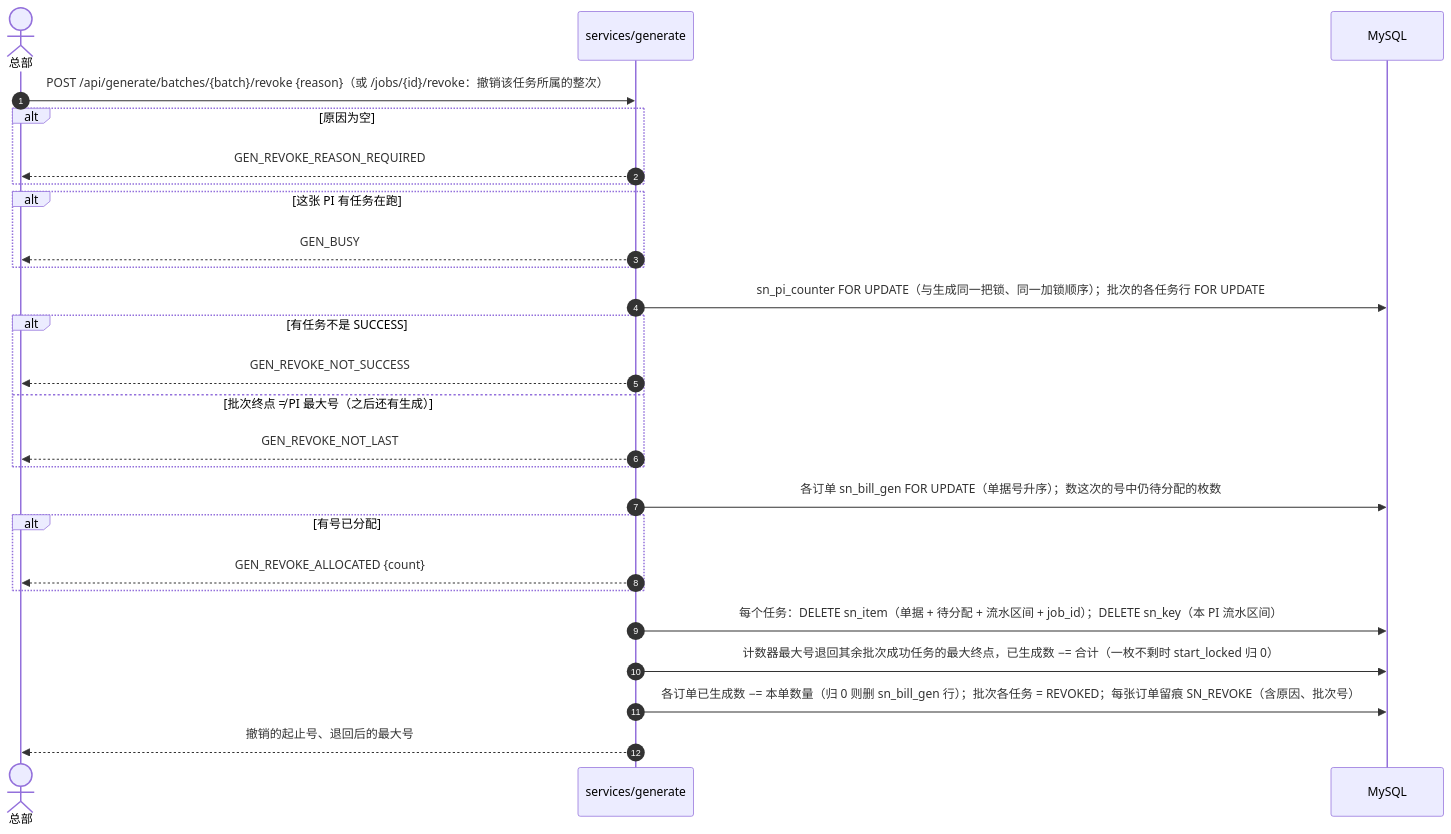
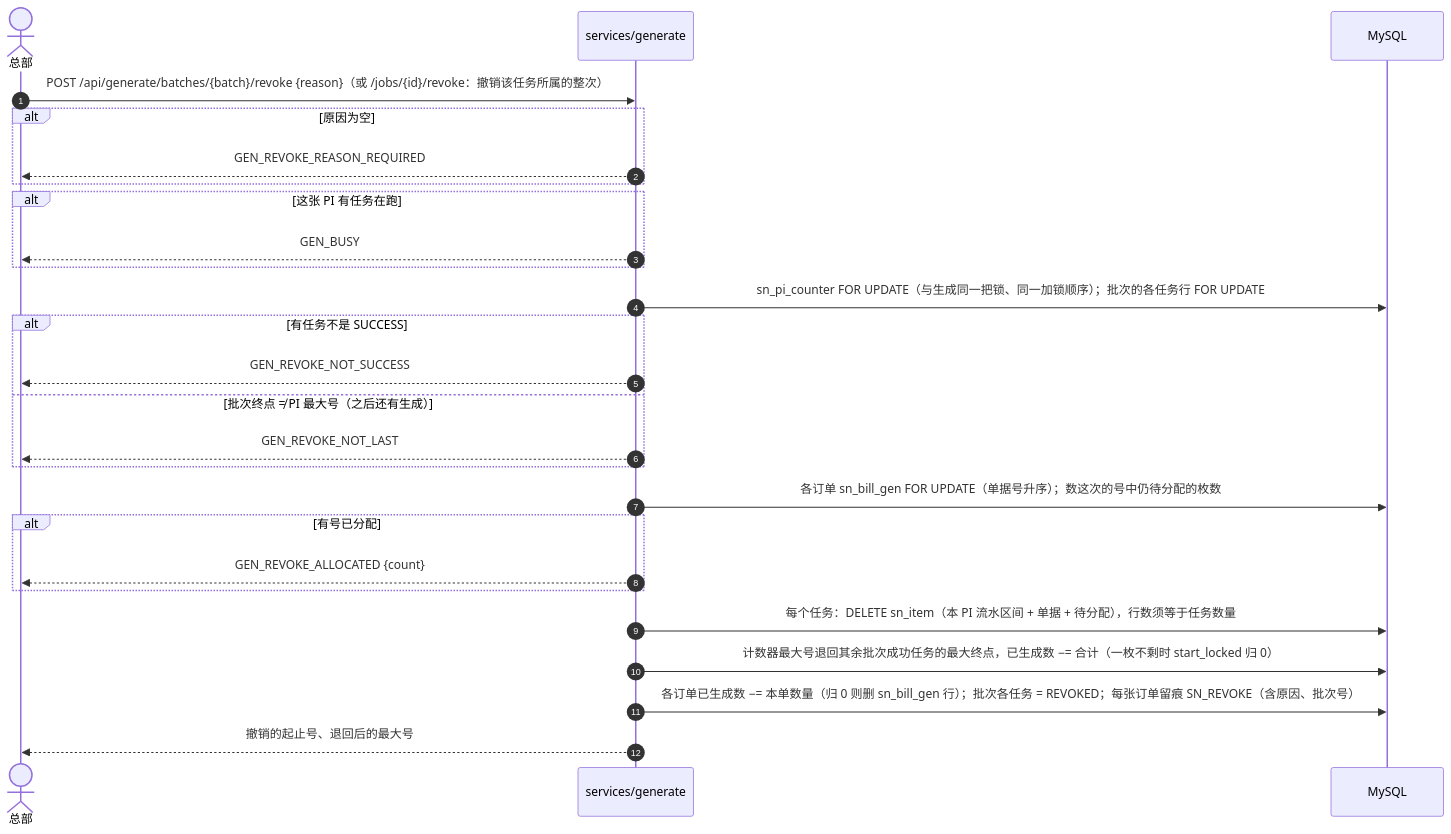
Before and after one commit to Createsnow/sn-center: the ninth of 13 diagrams in docs/技术文档.md, drawn with Mermaid. The commit also changed other lines of this file and 15 other files, not shown here.

First line of the commit message:
sn_item 取消分区，查重唯一键并回 sn_item，删除 sn_key

````diff
--- a/docs/技术文档.md
+++ b/docs/技术文档.md
@@ -321,28 +321,28 @@
 ```mermaid
 sequenceDiagram
     autonumber
     actor H as 总部
     participant G as services/generate
     participant DB as MySQL
     H->>G: POST /api/generate/batches/{batch}/revoke {reason}（或 /jobs/{id}/revoke：撤销该任务所属的整次）
     alt 原因为空
         G-->>H: GEN_REVOKE_REASON_REQUIRED
     end
     alt 这张 PI 有任务在跑
         G-->>H: GEN_BUSY
     end
     G->>DB: sn_pi_counter FOR UPDATE（与生成同一把锁、同一加锁顺序）；批次的各任务行 FOR UPDATE
     alt 有任务不是 SUCCESS
         G-->>H: GEN_REVOKE_NOT_SUCCESS
     else 批次终点 ≠ PI 最大号（之后还有生成）
         G-->>H: GEN_REVOKE_NOT_LAST
     end
     G->>DB: 各订单 sn_bill_gen FOR UPDATE（单据号升序）；数这次的号中仍待分配的枚数
     alt 有号已分配
         G-->>H: GEN_REVOKE_ALLOCATED {count}
     end
-    G->>DB: 每个任务：DELETE sn_item（单据 + 待分配 + 流水区间 + job_id）；DELETE sn_key（本 PI 流水区间）
+    G->>DB: 每个任务：DELETE sn_item（本 PI 流水区间 + 单据 + 待分配），行数须等于任务数量
     G->>DB: 计数器最大号退回其余批次成功任务的最大终点，已生成数 −= 合计（一枚不剩时 start_locked 归 0）
     G->>DB: 各订单已生成数 −= 本单数量（归 0 则删 sn_bill_gen 行）；批次各任务 = REVOKED；每张订单留痕 SN_REVOKE（含原因、批次号）
     G-->>H: 撤销的起止号、退回后的最大号
 ```
````
